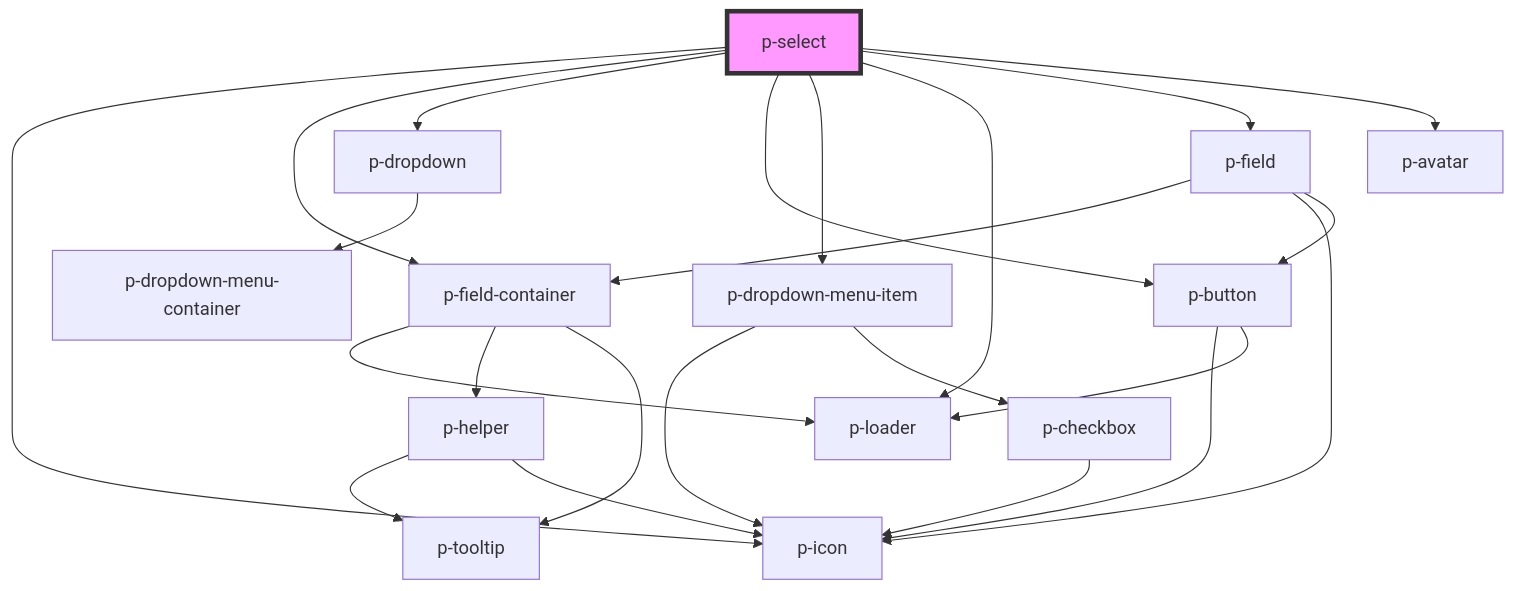
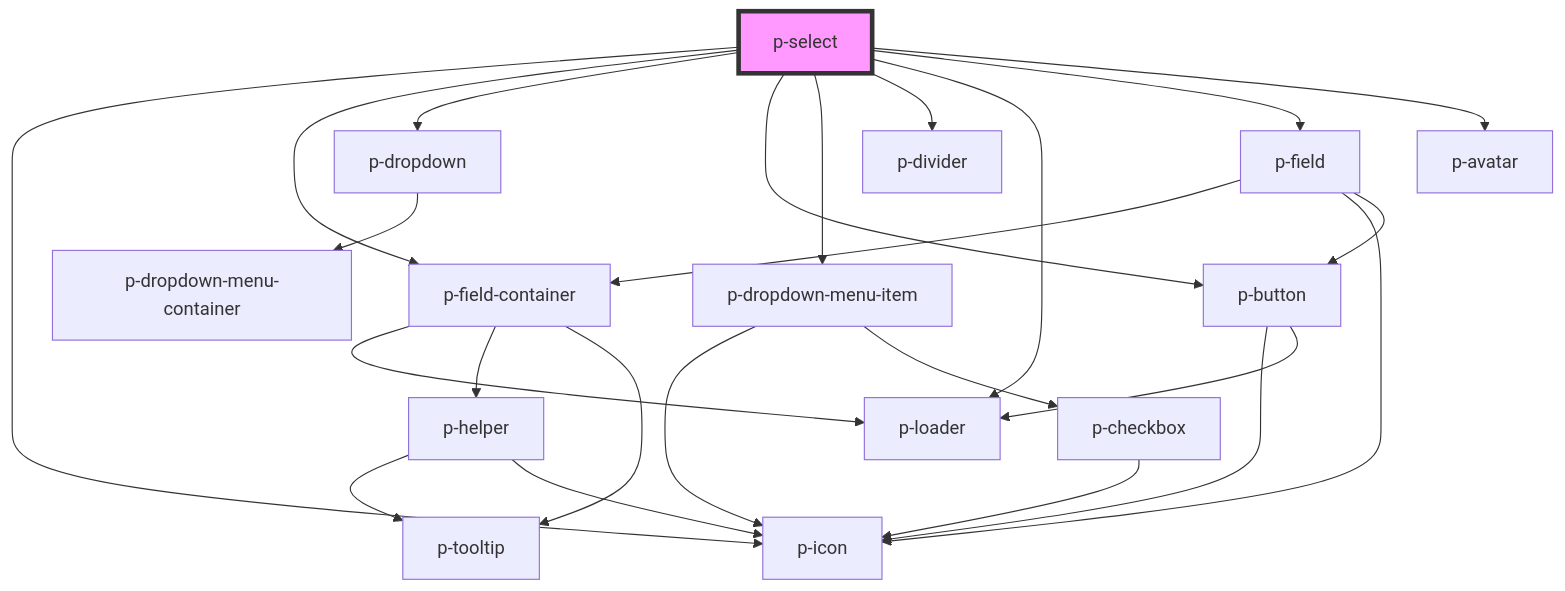
The diagram in packages/core/src/components/molecules/select/readme.md (Employes/Paperless), drawn with Mermaid before and after one commit. The commit also changed other lines of this file and 2 other files, not shown here.

Commit message:
feat(molecules/select): Add divider when show-add-item is enabled

````diff
--- a/packages/core/src/components/molecules/select/readme.md
+++ b/packages/core/src/components/molecules/select/readme.md
@@ -82,26 +83,27 @@
 ```mermaid
 graph TD;
   p-select --> p-icon
   p-select --> p-field-container
   p-select --> p-dropdown
   p-select --> p-button
   p-select --> p-dropdown-menu-item
+  p-select --> p-divider
   p-select --> p-loader
   p-select --> p-field
   p-select --> p-avatar
   p-field-container --> p-loader
   p-field-container --> p-helper
   p-field-container --> p-tooltip
   p-helper --> p-tooltip
   p-helper --> p-icon
   p-dropdown --> p-dropdown-menu-container
   p-button --> p-icon
   p-button --> p-loader
   p-dropdown-menu-item --> p-icon
   p-dropdown-menu-item --> p-checkbox
   p-checkbox --> p-icon
   p-field --> p-field-container
   p-field --> p-icon
   p-field --> p-button
   style p-select fill:#f9f,stroke:#333,stroke-width:4px
 ```
````
